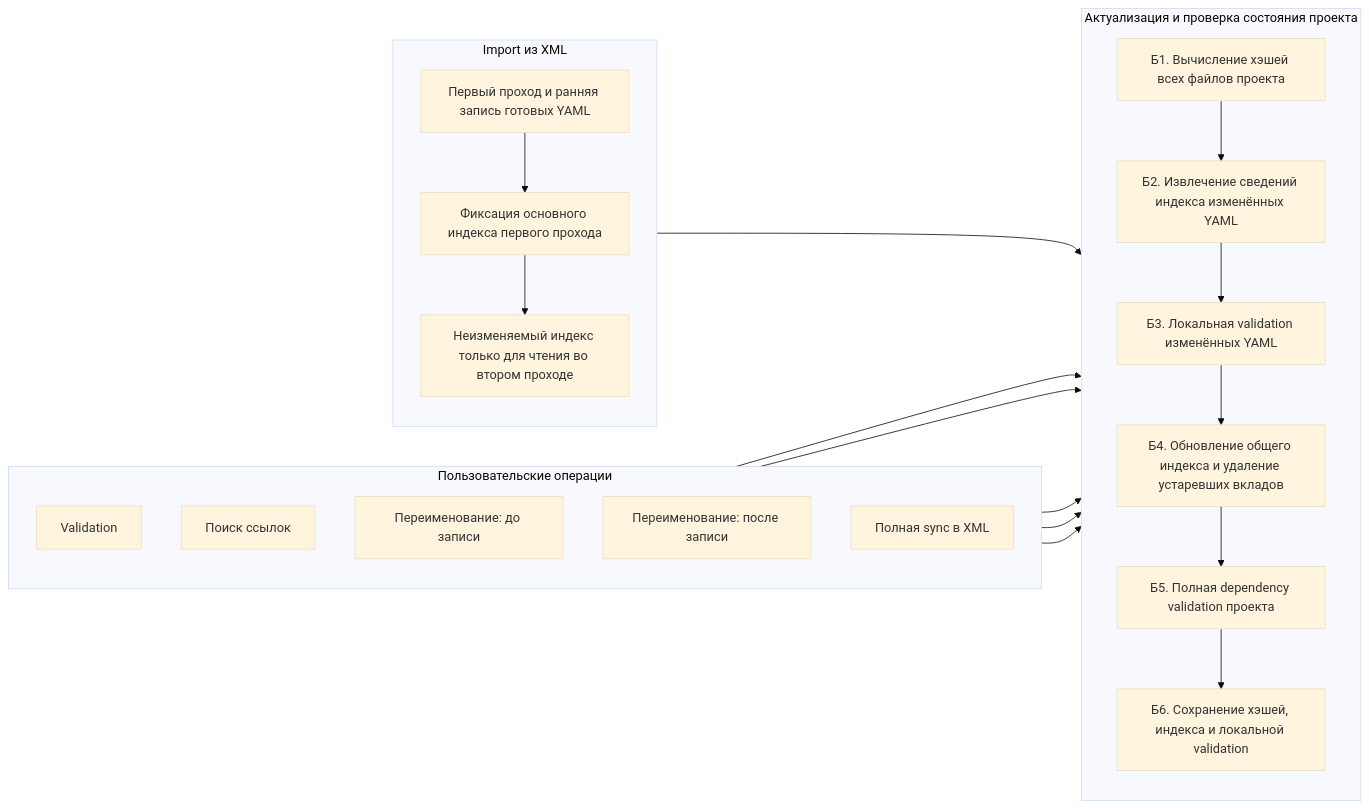
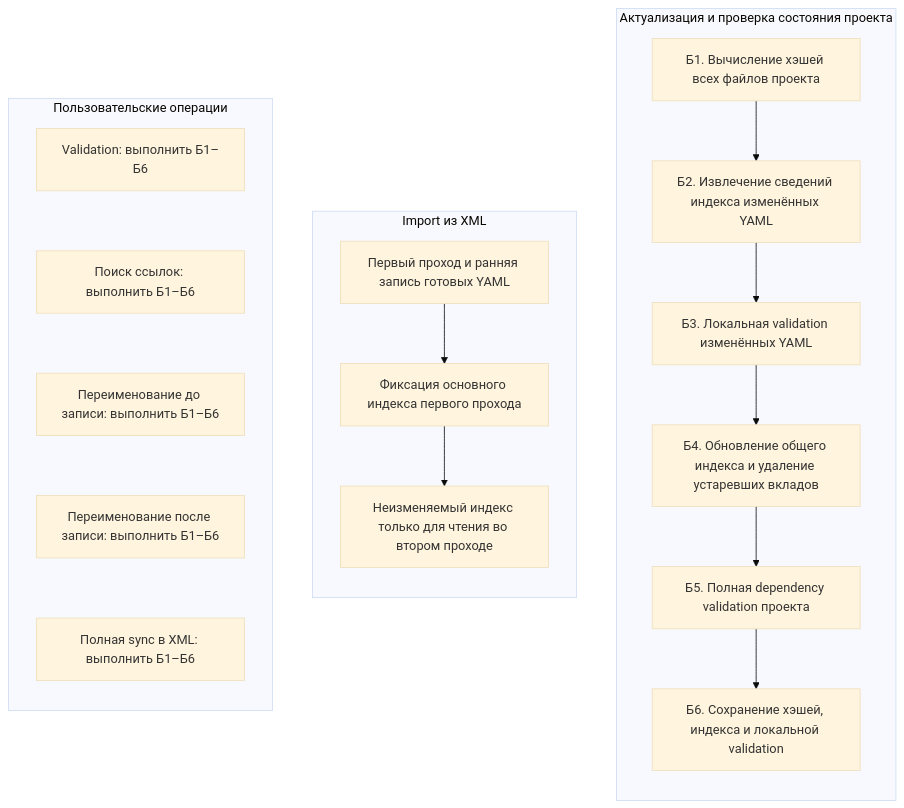
One commit to crimsongoldteam/nkdk changed the diagram in .agents/architecture.md. Above: the diagram before and after it, drawn with Mermaid (base theme). The commit also changed other lines of this file and 1 other file, not shown here.

Commit message:
docs: :memo: исправить описание состояния проекта
Диаграмма теперь сохраняет вертикальные подграфы без внешних рёбер к их узлам. Проверки реализации и порядок публикации import приведены к фактическому договору.

````diff
--- a/.agents/architecture.md
+++ b/.agents/architecture.md
@@ -55,37 +56,35 @@
 ```mermaid
 flowchart LR
-  subgraph operations["Пользовательские операции"]
+  subgraph OPS["Пользовательские операции"]
     direction TB
-    validation["Validation"]
-    find["Поиск ссылок"]
-    renameBefore["Переименование: до записи"]
-    renameAfter["Переименование: после записи"]
-    sync["Полная sync в XML"]
+    validation["Validation: выполнить Б1–Б6"]
+    find["Поиск ссылок: выполнить Б1–Б6"]
+    renameBefore["Переименование до записи: выполнить Б1–Б6"]
+    renameAfter["Переименование после записи: выполнить Б1–Б6"]
+    sync["Полная sync в XML: выполнить Б1–Б6"]
+    validation ~~~ find ~~~ renameBefore ~~~ renameAfter ~~~ sync
   end
 
-  subgraph import["Import из XML"]
+  subgraph IMPORT["Import из XML"]
     direction TB
     importFirst["Первый проход и ранняя запись готовых YAML"]
     importIndex["Фиксация основного индекса первого прохода"]
     importSecond["Неизменяемый индекс только для чтения во втором проходе"]
     importFirst --> importIndex --> importSecond
   end
 
-  subgraph refresh["Актуализация и проверка состояния проекта"]
+  subgraph UPDATE["Актуализация и проверка состояния проекта"]
     direction TB
     b1["Б1. Вычисление хэшей всех файлов проекта"]
     b2["Б2. Извлечение сведений индекса изменённых YAML"]
     b3["Б3. Локальная validation изменённых YAML"]
     b4["Б4. Обновление общего индекса и удаление устаревших вкладов"]
     b5["Б5. Полная dependency validation проекта"]
     b6["Б6. Сохранение хэшей, индекса и локальной validation"]
     b1 --> b2 --> b3 --> b4 --> b5 --> b6
   end
 
-  validation --> b1
-  find --> b1
-  renameBefore --> b1
-  renameAfter --> b1
-  sync --> b1
-  importSecond --> b5
+  %% Связи между subgraph ID задают порядок колонок и сохраняют их вертикальное направление.
+  OPS ~~~ IMPORT
+  IMPORT ~~~ UPDATE
 ```
````
